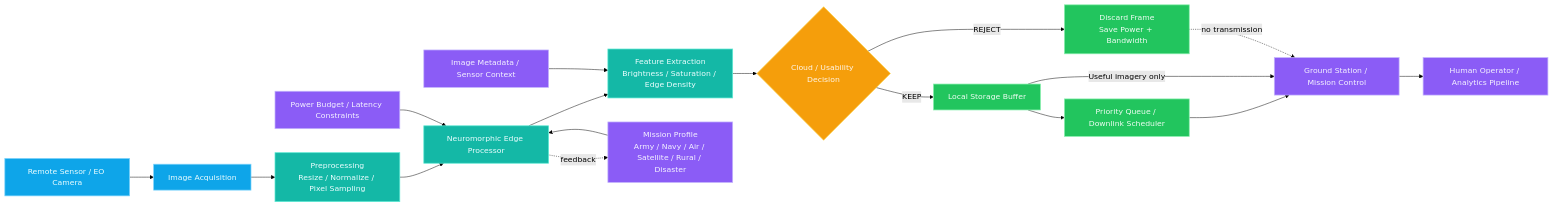
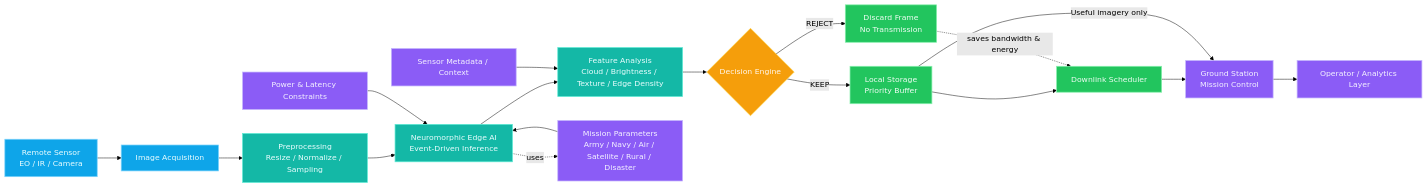
Before and after one commit to pavank1061-ui/NEUROMORPHIC-: the diagram in README.md, drawn with Mermaid (forest theme).

Commit message:
Update architecture flow to horizontal diagram

````diff
--- a/README.md
+++ b/README.md
@@ -57,36 +57,36 @@
 ```mermaid
 flowchart LR
-    A[Remote Sensor / EO Camera] --> B[Image Acquisition]
-    B --> C[Preprocessing<br/>Resize / Normalize / Pixel Sampling]
-    C --> D[Neuromorphic Edge Processor]
-    D --> E[Feature Extraction<br/>Brightness / Saturation / Edge Density]
-    E --> F{Cloud / Usability Decision}
+    A[Remote Sensor<br/>EO / IR / Camera] --> B[Image Acquisition]
+    B --> C[Preprocessing<br/>Resize / Normalize / Sampling]
+    C --> D[Neuromorphic Edge AI<br/>Event-Driven Inference]
+    D --> E[Feature Analysis<br/>Cloud / Brightness / Texture / Edge Density]
+    E --> F{Decision Engine}
 
-    F -->|KEEP| G[Local Storage Buffer]
-    F -->|REJECT| H[Discard Frame<br/>Save Power + Bandwidth]
+    F -->|KEEP| G[Local Storage<br/>Priority Buffer]
+    F -->|REJECT| H[Discard Frame<br/>No Transmission]
 
-    G --> I[Priority Queue / Downlink Scheduler]
-    I --> J[Ground Station / Mission Control]
-    J --> K[Human Operator / Analytics Pipeline]
+    G --> I[Downlink Scheduler]
+    I --> J[Ground Station<br/>Mission Control]
+    J --> K[Operator / Analytics Layer]
 
-    M[Mission Profile<br/>Army / Navy / Air / Satellite / Rural / Disaster] --> D
-    N[Power Budget / Latency Constraints] --> D
-    O[Image Metadata / Sensor Context] --> E
+    M[Mission Parameters<br/>Army / Navy / Air / Satellite / Rural / Disaster] --> D
+    N[Power & Latency Constraints] --> D
+    O[Sensor Metadata / Context] --> E
 
-    D -. feedback .-> M
+    D -. uses .-> M
     G -->|Useful imagery only| J
-    H -. no transmission .-> J
+    H -. saves bandwidth & energy .-> I
 
     classDef sensor fill:#0ea5e9,stroke:#7dd3fc,color:#ecfeff,stroke-width:1.5px;
     classDef process fill:#14b8a6,stroke:#5eead4,color:#ecfeff,stroke-width:1.5px;
     classDef decision fill:#f59e0b,stroke:#fcd34d,color:#fff7ed,stroke-width:1.5px;
     classDef storage fill:#22c55e,stroke:#86efac,color:#f0fdf4,stroke-width:1.5px;
     classDef output fill:#8b5cf6,stroke:#c4b5fd,color:#f5f3ff,stroke-width:1.5px;
 
     class A,B sensor;
     class C,D,E process;
     class F decision;
     class G,H,I storage;
     class J,K output;
     class M,N,O output;
 ```
````
